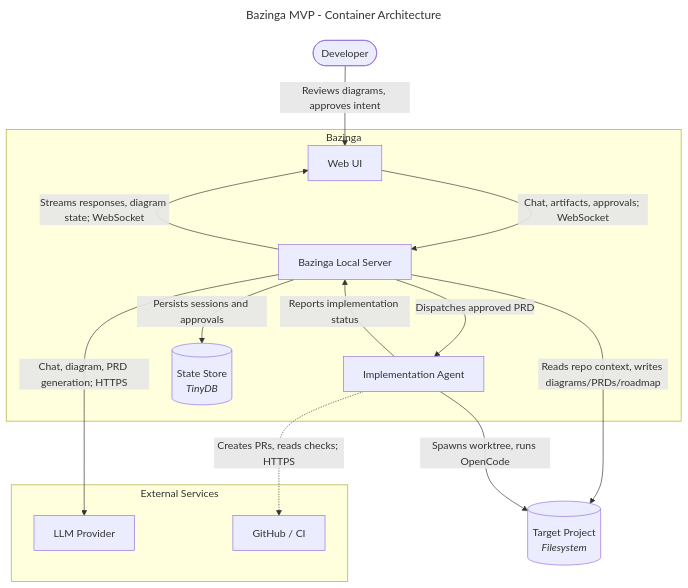
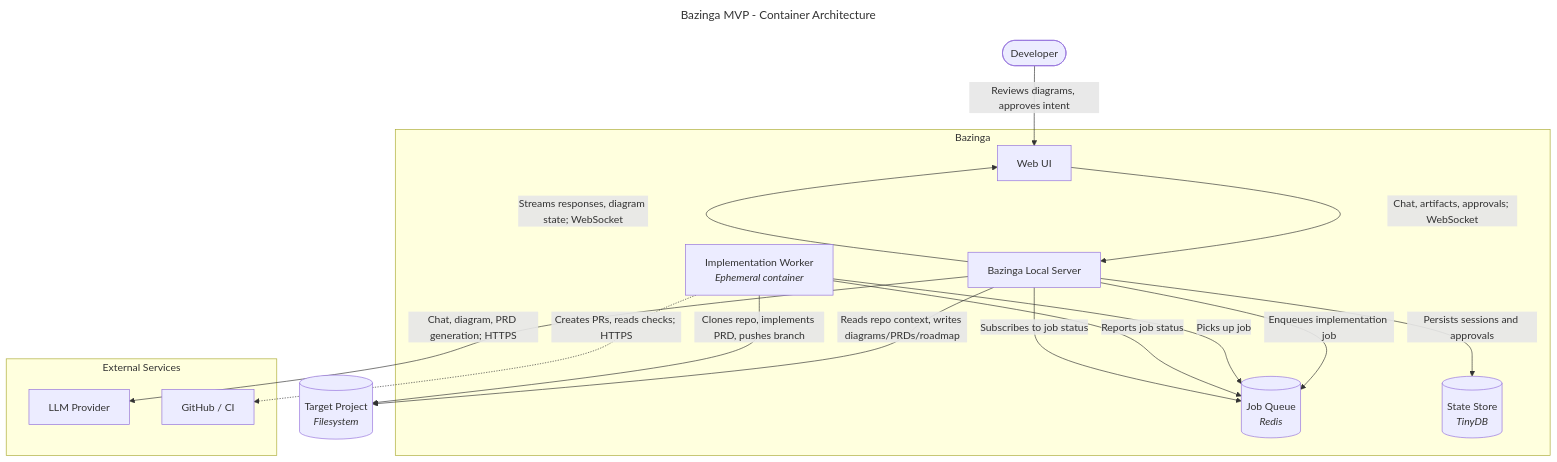
One commit to RohanAwhad/bazinga changed the diagram in .dingllm/specs/v3/003_container_architecture.mmd. Above: the diagram before and after it, drawn with Mermaid. The commit also changed 1 other file, not shown here.

Commit message:
added redis as queue manager, and converted implementation agent to implementation worker that will work in  a container

```diff
--- a/.dingllm/specs/v3/003_container_architecture.mmd
+++ b/.dingllm/specs/v3/003_container_architecture.mmd
@@ -1,31 +1,33 @@
 ---
 title: Bazinga MVP - Container Architecture
 ---
 graph TD
     DEV([Developer])
 
     subgraph BZ["Bazinga"]
         WEB[Web UI]
         SERVER[Bazinga Local Server]
-        IMPL[Implementation Agent]
+        QUEUE[(Job Queue<br/><i>Redis</i>)]
+        WORKER[Implementation Worker<br/><i>Ephemeral container</i>]
         STATE[(State Store<br/><i>TinyDB</i>)]
     end
 
     REPO[(Target Project<br/><i>Filesystem</i>)]
 
     subgraph EXT["External Services"]
         LLM[LLM Provider]
         GITHUB[GitHub / CI]
     end
 
     DEV -->|Reviews diagrams, approves intent| WEB
     WEB -->|Chat, artifacts, approvals; WebSocket| SERVER
     SERVER -->|Streams responses, diagram state; WebSocket| WEB
     SERVER -->|Persists sessions and approvals| STATE
     SERVER -->|Reads repo context, writes diagrams/PRDs/roadmap| REPO
     SERVER -->|Chat, diagram, PRD generation; HTTPS| LLM
-    SERVER -->|Dispatches approved PRD| IMPL
-    IMPL -->|Spawns worktree, runs OpenCode| REPO
-
-    IMPL -->|Reports implementation status| SERVER
-    IMPL -.->|Creates PRs, reads checks; HTTPS| GITHUB
+    SERVER -->|Enqueues implementation job| QUEUE
+    WORKER -->|Picks up job| QUEUE
+    WORKER -->|Reports job status| QUEUE
+    SERVER -->|Subscribes to job status| QUEUE
+    WORKER -->|Clones repo, implements PRD, pushes branch| REPO
+    WORKER -.->|Creates PRs, reads checks; HTTPS| GITHUB
```
